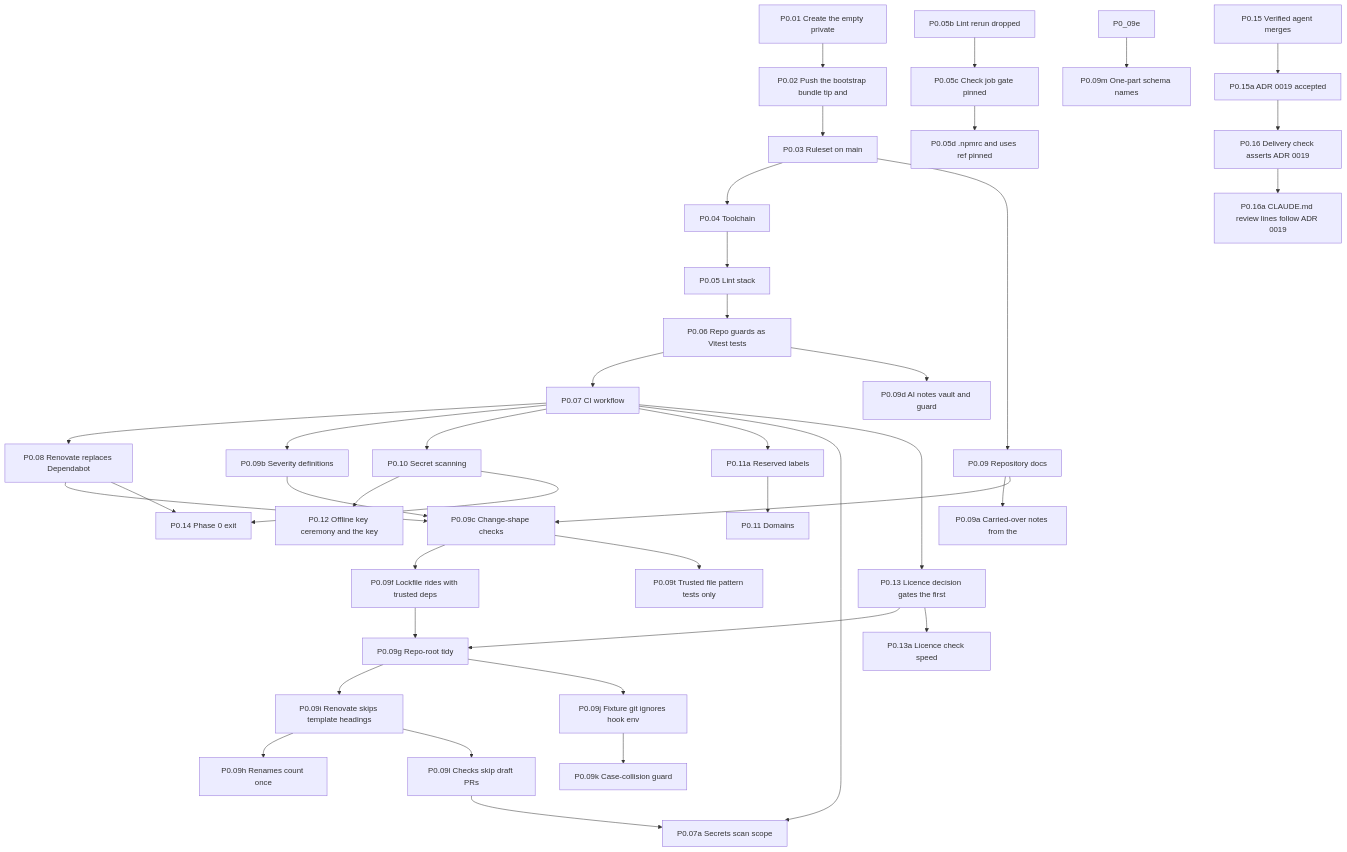
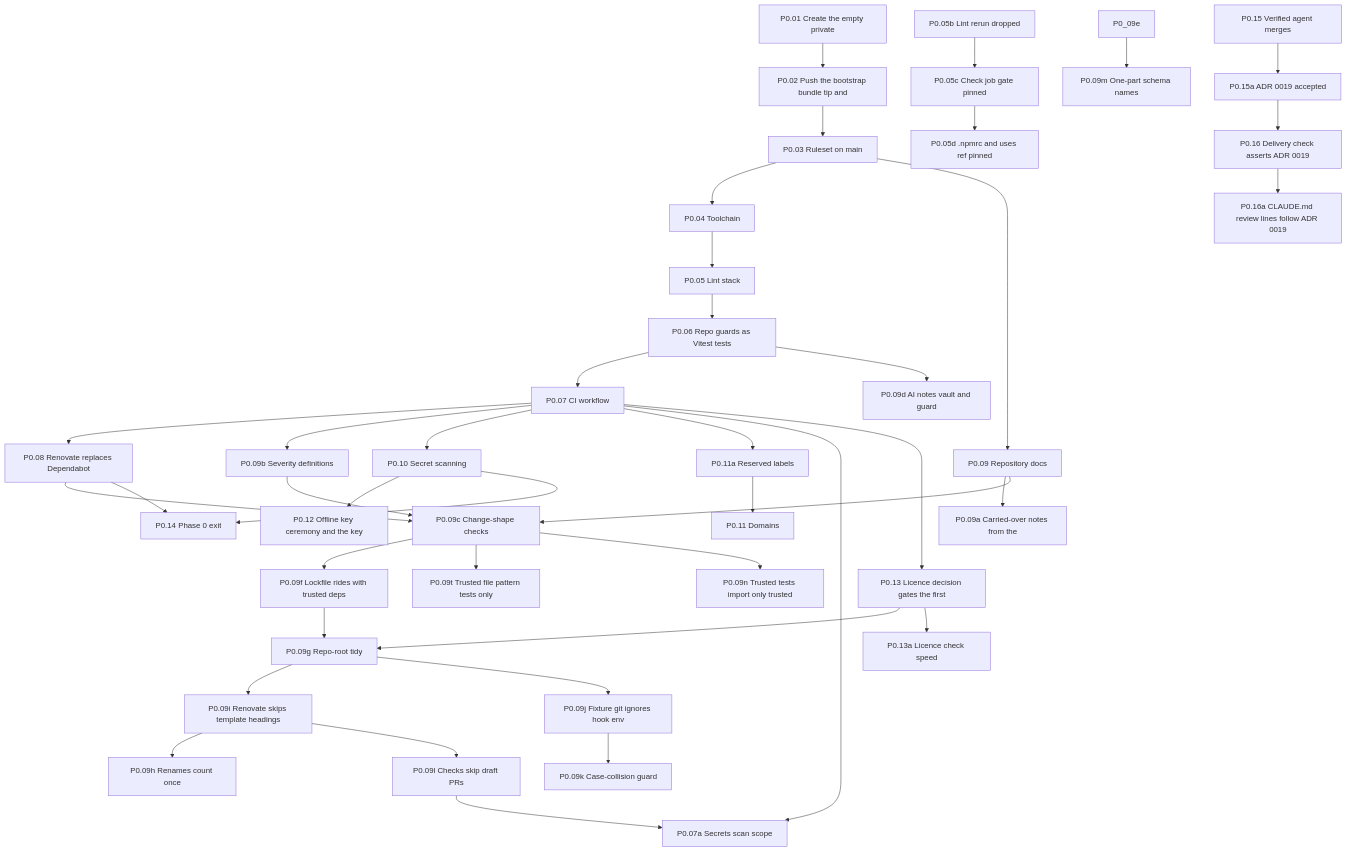
One commit to Undefined6799/unset changed the first of 11 diagrams in docs/ai/book/01-outline.md. Above: the diagram before and after it, drawn with Mermaid. The commit also changed other lines of this file and 3 other files, not shown here.

````diff
--- a/docs/ai/book/01-outline.md
+++ b/docs/ai/book/01-outline.md
@@ -68,79 +69,81 @@
 ```mermaid
 flowchart TD
   P0_01["P0.01 Create the empty private"]
   P0_02["P0.02 Push the bootstrap bundle tip and"]
   P0_03["P0.03 Ruleset on main"]
   P0_04["P0.04 Toolchain"]
   P0_05["P0.05 Lint stack"]
   P0_05b["P0.05b Lint rerun dropped"]
   P0_05c["P0.05c Check job gate pinned"]
   P0_05d["P0.05d .npmrc and uses ref pinned"]
   P0_06["P0.06 Repo guards as Vitest tests"]
   P0_07["P0.07 CI workflow"]
   P0_08["P0.08 Renovate replaces Dependabot"]
   P0_09["P0.09 Repository docs"]
   P0_09a["P0.09a Carried-over notes from the"]
   P0_09b["P0.09b Severity definitions"]
   P0_09c["P0.09c Change-shape checks"]
   P0_09d["P0.09d AI notes vault and guard"]
   P0_09f["P0.09f Lockfile rides with trusted deps"]
   P0_09g["P0.09g Repo-root tidy"]
   P0_09h["P0.09h Renames count once"]
   P0_09i["P0.09i Renovate skips template headings"]
   P0_09l["P0.09l Checks skip draft PRs"]
   P0_07a["P0.07a Secrets scan scope"]
   P0_09j["P0.09j Fixture git ignores hook env"]
   P0_09k["P0.09k Case-collision guard"]
   P0_09m["P0.09m One-part schema names"]
   P0_09t["P0.09t Trusted file pattern tests only"]
+  P0_09n["P0.09n Trusted tests import only trusted"]
   P0_10["P0.10 Secret scanning"]
   P0_11a["P0.11a Reserved labels"]
   P0_11["P0.11 Domains"]
   P0_12["P0.12 Offline key ceremony and the key"]
   P0_13["P0.13 Licence decision gates the first"]
   P0_13a["P0.13a Licence check speed"]
   P0_14["P0.14 Phase 0 exit"]
   P0_15["P0.15 Verified agent merges"]
   P0_15a["P0.15a ADR 0019 accepted"]
   P0_16["P0.16 Delivery check asserts ADR 0019"]
   P0_16a["P0.16a CLAUDE.md review lines follow ADR 0019"]
   P0_01 --> P0_02
   P0_02 --> P0_03
   P0_03 --> P0_04
   P0_04 --> P0_05
   P0_05b --> P0_05c
   P0_05c --> P0_05d
   P0_05 --> P0_06
   P0_06 --> P0_07
   P0_07 --> P0_08
   P0_03 --> P0_09
   P0_09 --> P0_09a
   P0_07 --> P0_09b
   P0_08 --> P0_09c
   P0_09 --> P0_09c
   P0_09b --> P0_09c
   P0_06 --> P0_09d
   P0_09c --> P0_09f
   P0_09c --> P0_09t
+  P0_09c --> P0_09n
   P0_09f --> P0_09g
   P0_13 --> P0_09g
   P0_09g --> P0_09i
   P0_09g --> P0_09j
   P0_09i --> P0_09h
   P0_09j --> P0_09k
   P0_09e --> P0_09m
   P0_09i --> P0_09l
   P0_07 --> P0_10
   P0_07 --> P0_11a
   P0_07 --> P0_07a
   P0_09l --> P0_07a
   P0_11a --> P0_11
   P0_10 --> P0_12
   P0_07 --> P0_13
   P0_13 --> P0_13a
   P0_08 --> P0_14
   P0_10 --> P0_14
   P0_15 --> P0_15a
   P0_15a --> P0_16
   P0_16 --> P0_16a
 ```
````
